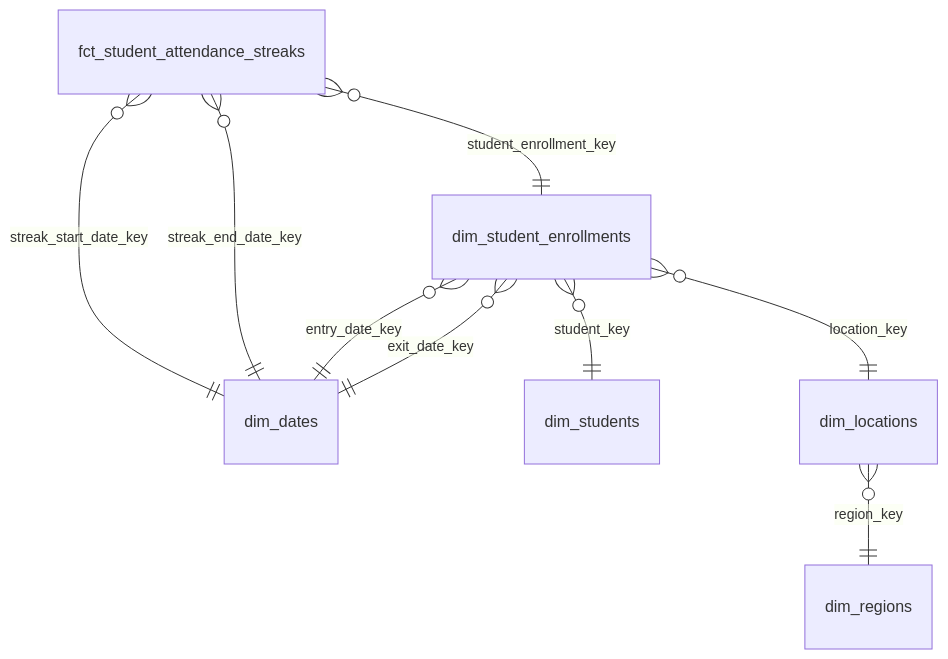
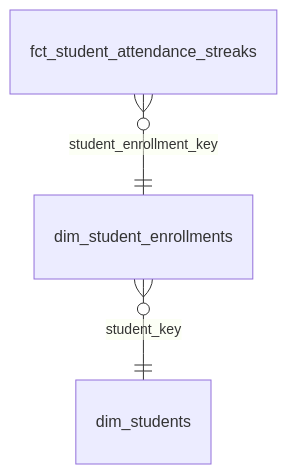
Diagram 19 of 24 in docs/reference/marts-data-models.md (TEAMSchools/teamster), drawn with Mermaid before and after one commit. The commit also changed other lines of this file and 2 other files, not shown here.

First line of the commit message:
docs(marts): omit conformed dimensions from snowflake diagrams

````diff
--- a/docs/reference/marts-data-models.md
+++ b/docs/reference/marts-data-models.md
@@ -438,11 +349,5 @@
 ```mermaid
 erDiagram
   fct_student_attendance_streaks }o--|| dim_student_enrollments : "student_enrollment_key"
-  fct_student_attendance_streaks }o--|| dim_dates : "streak_start_date_key"
-  fct_student_attendance_streaks }o--|| dim_dates : "streak_end_date_key"
   dim_student_enrollments }o--|| dim_students : "student_key"
-  dim_student_enrollments }o--|| dim_locations : "location_key"
-  dim_student_enrollments }o--|| dim_dates : "entry_date_key"
-  dim_student_enrollments }o--|| dim_dates : "exit_date_key"
-  dim_locations }o--|| dim_regions : "region_key"
 ```
````
